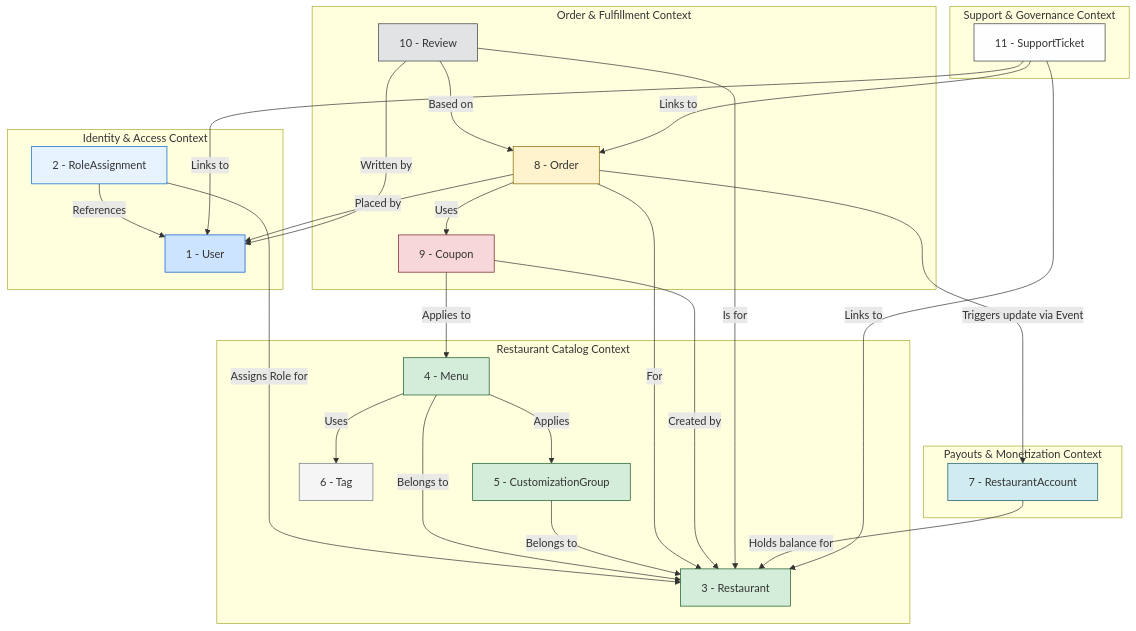
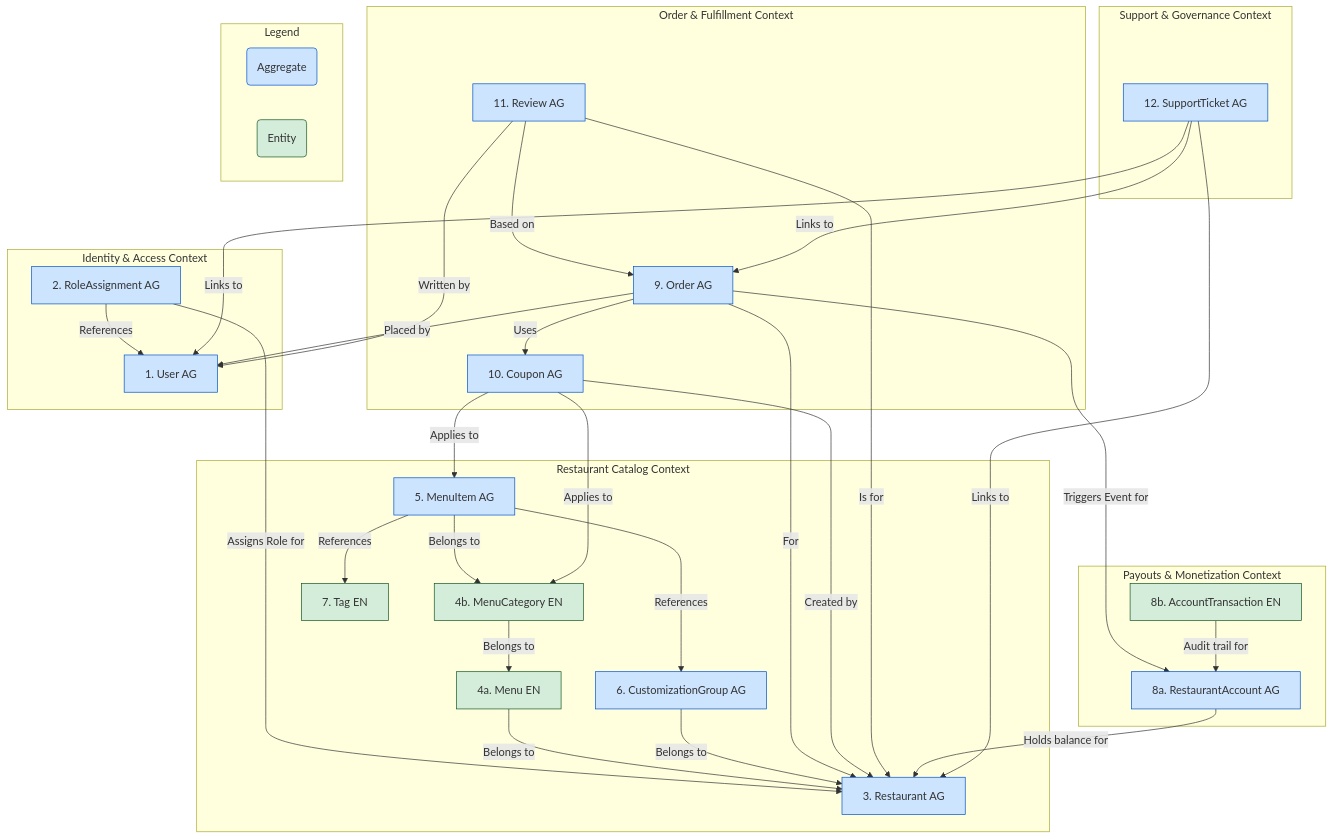
Before and after one commit to hoangvu1420/YummyZoom: the diagram in Docs/Architecture/Domain_Design.md, drawn with Mermaid. The commit also changed other lines of this file and 15 other files, not shown here.

````diff
--- a/Docs/Architecture/Domain_Design.md
+++ b/Docs/Architecture/Domain_Design.md
@@ -343,67 +349,88 @@
 ```mermaid
 graph TD
     subgraph Identity & Access Context
-        U[1 - User]
-        RA[2 - RoleAssignment]
+        U[1. User AG]
+        RA[2. RoleAssignment AG]
     end
 
     subgraph Restaurant Catalog Context
-        R[3 - Restaurant]
-        M[4 - Menu]
-        CG[5 - CustomizationGroup]
-        T[6 - Tag]
+        R[3. Restaurant AG]
+        Menu[4a. Menu EN]
+        MenuCat[4b. MenuCategory EN]
+        MenuItem[5. MenuItem AG]
+        CG[6. CustomizationGroup AG]
+        Tag[7. Tag EN]
     end
 
     subgraph Order & Fulfillment Context
-        O[8 - Order]
-        C[9 - Coupon]
-        RV[10 - Review]
+        O[9. Order AG]
+        C[10. Coupon AG]
+        RV[11. Review AG]
     end
     
     subgraph Payouts & Monetization Context
-        RAcc[7 - RestaurantAccount]
+        RAcc[8a. RestaurantAccount AG]
+        AccTrans[8b. AccountTransaction EN]
     end
     
     subgraph Support & Governance Context
-        ST[11 - SupportTicket]
+        ST[12. SupportTicket AG]
     end
+
+    %% Legend
+    subgraph Legend
+        direction LR
+        Agg(Aggregate)
+        Ent(Entity)
+    end
+    style Agg fill:#cde4ff,stroke:#0052cc
+    style Ent fill:#d4edda,stroke:#155724
+
 
     %% Relationships
     RA -- References --> U
     RA -- Assigns Role for --> R
 
-    M -- Belongs to --> R
-    M -- Applies --> CG
-    M -- Uses --> T
+    Menu -- Belongs to --> R
+    MenuCat -- Belongs to --> Menu
+    MenuItem -- Belongs to --> MenuCat
+    MenuItem -- References --> CG
+    MenuItem -- References --> Tag
     CG -- Belongs to --> R
 
     O -- Placed by --> U
     O -- For --> R
     O -- Uses --> C
-    O -- Triggers update via Event --> RAcc
+    O -- Triggers Event for --> RAcc
 
     C -- Created by --> R
-    C -- Applies to --> M
+    C -- Applies to --> MenuItem
+    C -- Applies to --> MenuCat
 
     RV -- Based on --> O
     RV -- Written by --> U
     RV -- Is for --> R
 
     RAcc -- Holds balance for --> R
+    AccTrans -- Audit trail for --> RAcc
     
     ST -- Links to --> U
     ST -- Links to --> O
     ST -- Links to --> R
     
+    %% Styling
     style U fill:#cde4ff,stroke:#0052cc
-    style RA fill:#e6f3ff,stroke:#0066cc
-    style R fill:#d4edda,stroke:#155724
-    style M fill:#d4edda,stroke:#155724
-    style CG fill:#d4edda,stroke:#155724
-    style T fill:#f5f5f5,stroke:#6c757d
-    style O fill:#fff3cd,stroke:#856404
-    style C fill:#f8d7da,stroke:#721c24
-    style RV fill:#e2e3e5,stroke:#383d41
-    style RAcc fill:#d1ecf1,stroke:#0c5460
-    style ST fill:#fefefe,stroke:#343a40
+    style RA fill:#cde4ff,stroke:#0052cc
+    style R fill:#cde4ff,stroke:#0052cc
+    style Menu fill:#d4edda,stroke:#155724
+    style MenuCat fill:#d4edda,stroke:#155724
+    style MenuItem fill:#cde4ff,stroke:#0052cc
+    style CG fill:#cde4ff,stroke:#0052cc
+    style Tag fill:#d4edda,stroke:#155724
+    style O fill:#cde4ff,stroke:#0052cc
+    style C fill:#cde4ff,stroke:#0052cc
+    style RV fill:#cde4ff,stroke:#0052cc
+    style RAcc fill:#cde4ff,stroke:#0052cc
+    style AccTrans fill:#d4edda,stroke:#155724
+    style ST fill:#cde4ff,stroke:#0052cc
 ```
````
